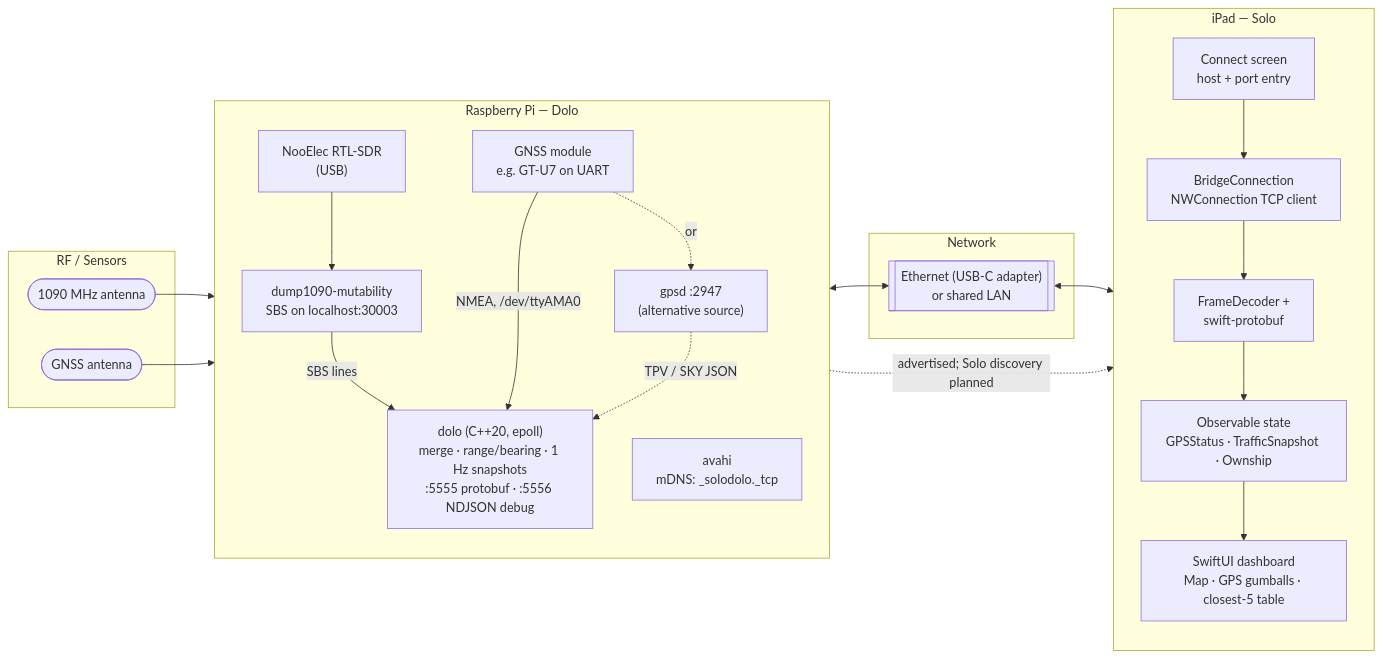
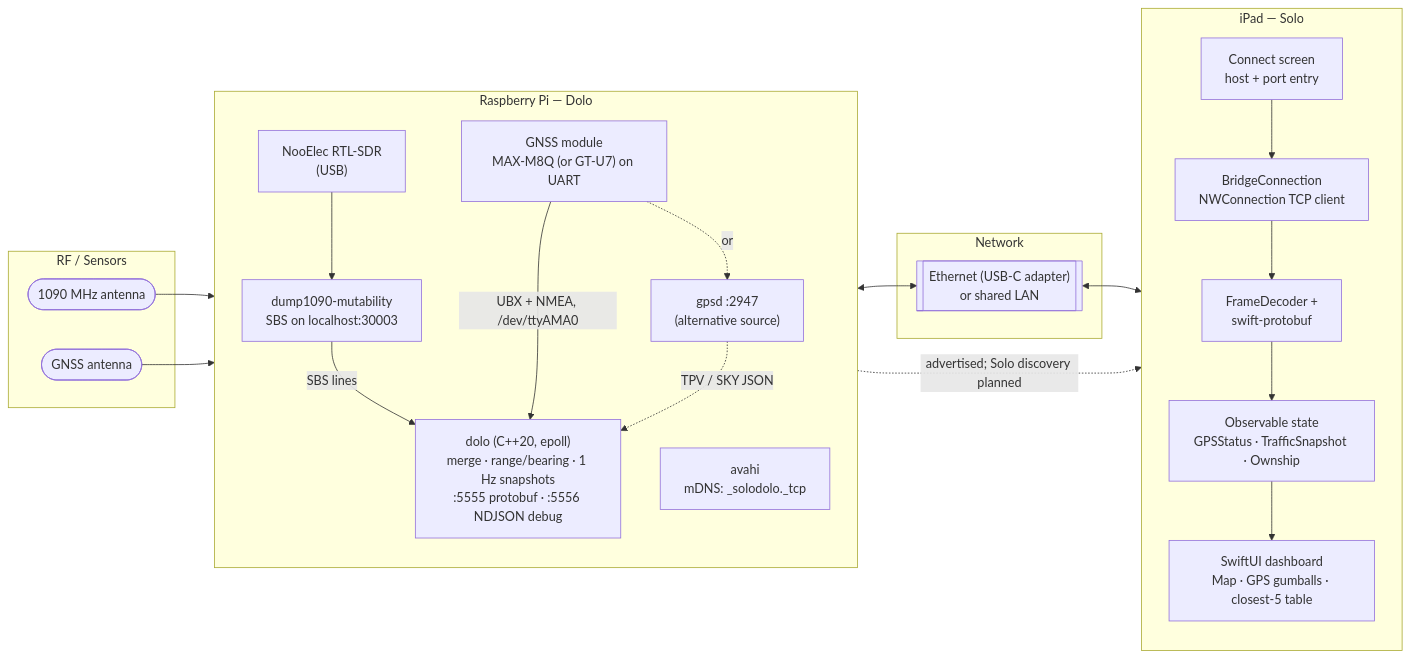
One commit to hevansa98/SoloDolo changed the first of 3 diagrams in docs/architecture.md. Above: the diagram before and after it, drawn with Mermaid. The commit also changed other lines of this file and 33 other files, not shown here.

````diff
--- a/docs/architecture.md
+++ b/docs/architecture.md
@@ -10,44 +11,44 @@
 ```mermaid
 flowchart LR
     subgraph RF["RF / Sensors"]
         ANT1(["1090 MHz antenna"])
         ANT2(["GNSS antenna"])
     end
 
     subgraph PI["Raspberry Pi — Dolo"]
         direction TB
         SDR["NooElec RTL-SDR<br/>(USB)"]
-        GNSSHW["GNSS module<br/>e.g. GT-U7 on UART"]
+        GNSSHW["GNSS module<br/>MAX-M8Q (or GT-U7) on UART"]
 
         DUMP["dump1090-mutability<br/>SBS on localhost:30003"]
         GPSD["gpsd :2947<br/>(alternative source)"]
 
         DOLO["dolo (C++20, epoll)<br/>merge · range/bearing · 1 Hz snapshots<br/>:5555 protobuf · :5556 NDJSON debug"]
         AVAHI["avahi<br/>mDNS: _solodolo._tcp"]
 
         SDR --> DUMP
         DUMP -->|SBS lines| DOLO
-        GNSSHW -->|NMEA, /dev/ttyAMA0| DOLO
+        GNSSHW -->|"UBX + NMEA, /dev/ttyAMA0"| DOLO
         GNSSHW -.->|or| GPSD
         GPSD -.->|TPV / SKY JSON| DOLO
     end
 
     subgraph NET["Network"]
         LINK[["Ethernet (USB-C adapter)<br/>or shared LAN"]]
     end
 
     subgraph IPAD["iPad — Solo"]
         direction TB
         CONNECT["Connect screen<br/>host + port entry"]
         CONN["BridgeConnection<br/>NWConnection TCP client"]
         PARSE["FrameDecoder +<br/>swift-protobuf"]
         STATE["Observable state<br/>GPSStatus · TrafficSnapshot · Ownship"]
         UI["SwiftUI dashboard<br/>Map · GPS gumballs · closest-5 table"]
         CONNECT --> CONN --> PARSE --> STATE --> UI
     end
 
     ANT1 --> SDR
     ANT2 --> GNSSHW
     DOLO <--> LINK <--> CONN
     AVAHI -.->|advertised; Solo discovery planned| CONNECT
 ```
````
